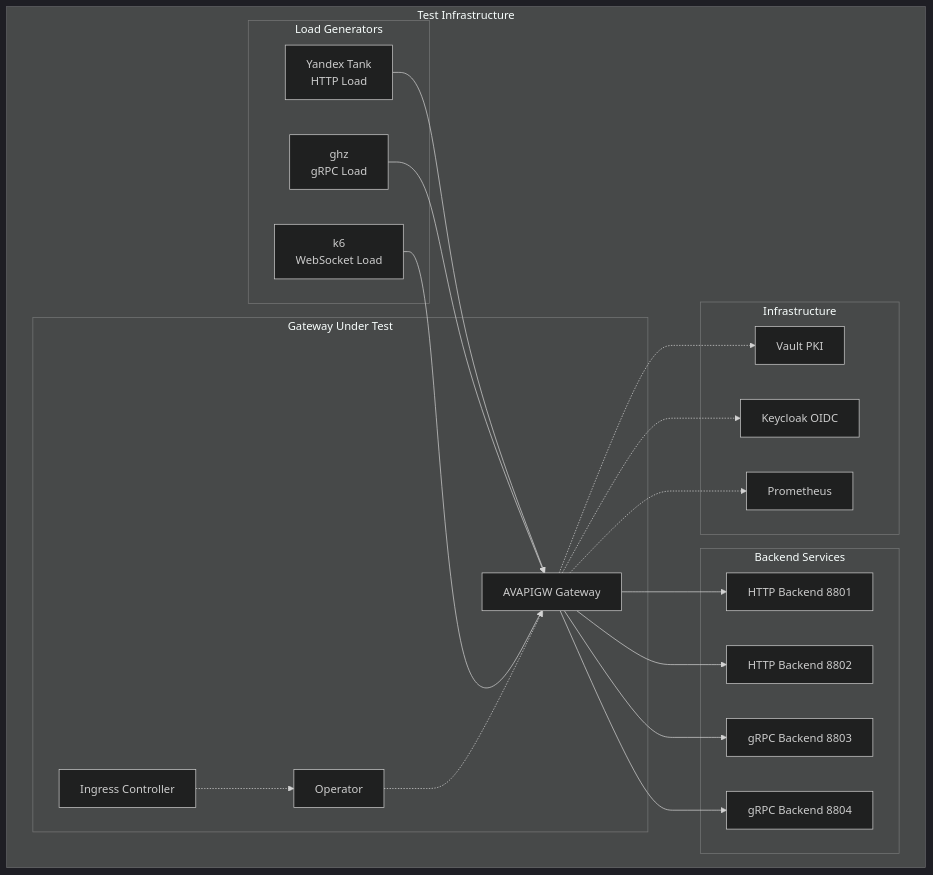
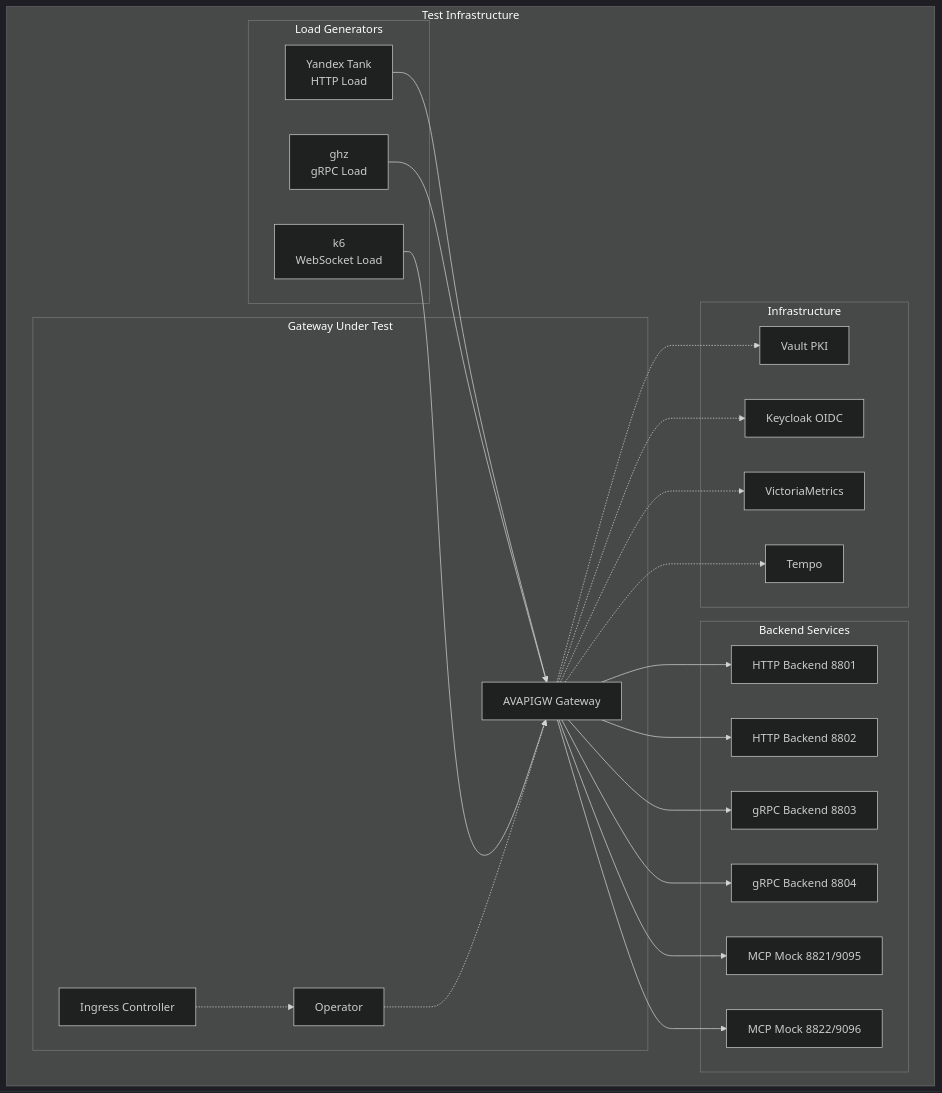
Before and after one commit to vyrodovalexey/avapigw: the diagram in docs/performance-testing.md, drawn with Mermaid (dark theme). The commit also changed other lines of this file and 207 other files, not shown here.

````diff
--- a/docs/performance-testing.md
+++ b/docs/performance-testing.md
@@ -105,45 +126,51 @@
 ```mermaid
 graph TB
     subgraph "Test Infrastructure"
         subgraph "Load Generators"
             YT[Yandex Tank<br/>HTTP Load]
             GHZ[ghz<br/>gRPC Load]
             K6[k6<br/>WebSocket Load]
         end
         
         subgraph "Gateway Under Test"
             GW[AVAPIGW Gateway]
             OP[Operator]
             IC[Ingress Controller]
         end
         
         subgraph "Backend Services"
             HTTP1[HTTP Backend 8801]
             HTTP2[HTTP Backend 8802]
             GRPC1[gRPC Backend 8803]
             GRPC2[gRPC Backend 8804]
+            MCP1[MCP Mock 8821/9095]
+            MCP2[MCP Mock 8822/9096]
         end
         
         subgraph "Infrastructure"
             VAULT[Vault PKI]
             KC[Keycloak OIDC]
-            PROM[Prometheus]
+            VM[VictoriaMetrics]
+            TEMPO[Tempo]
         end
     end
     
     YT --> GW
     GHZ --> GW
     K6 --> GW
     
     GW --> HTTP1
     GW --> HTTP2
     GW --> GRPC1
     GW --> GRPC2
+    GW --> MCP1
+    GW --> MCP2
     
     OP -.-> GW
     IC -.-> OP
     
     GW -.-> VAULT
     GW -.-> KC
-    GW -.-> PROM
+    GW -.-> VM
+    GW -.-> TEMPO
 ```
````
